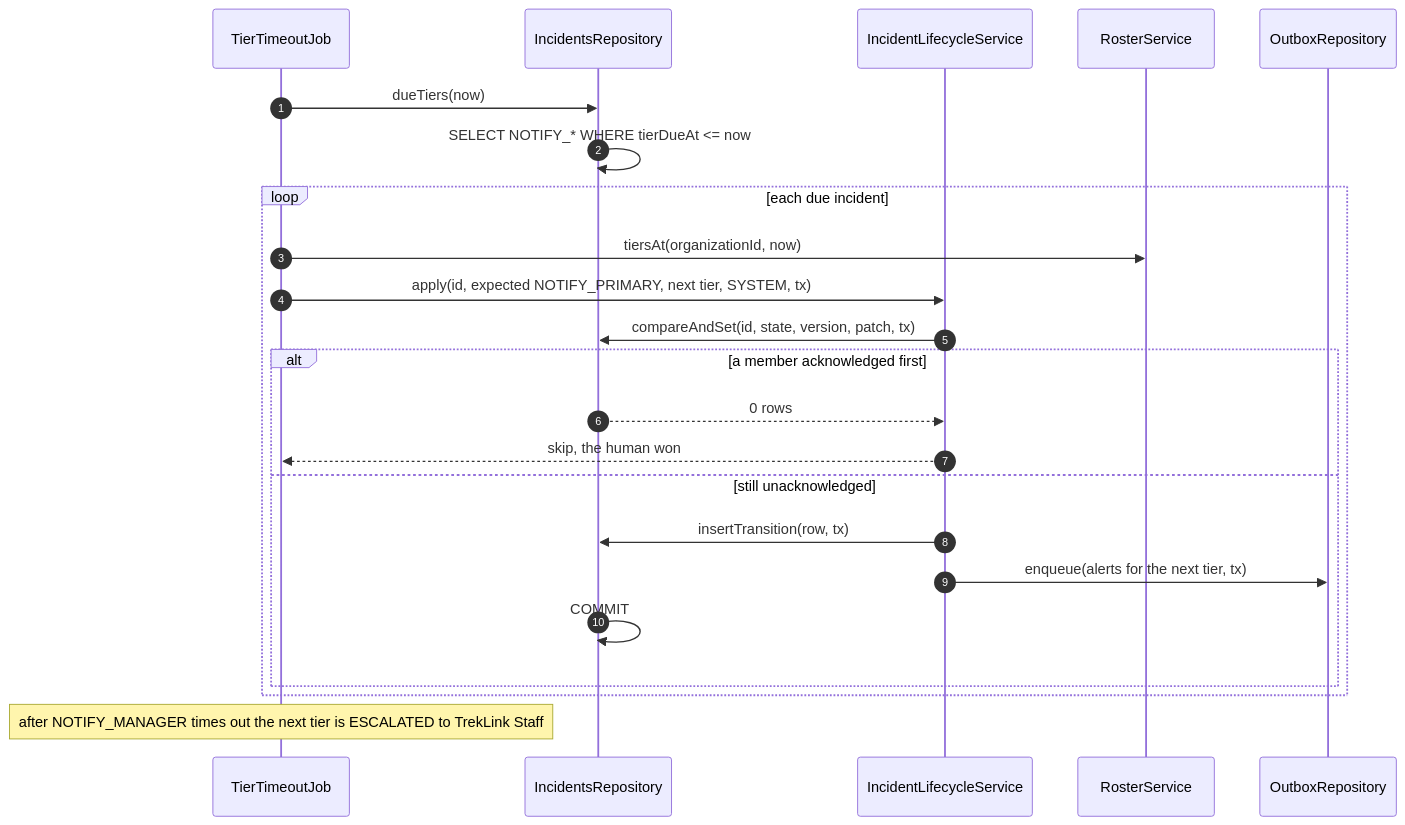
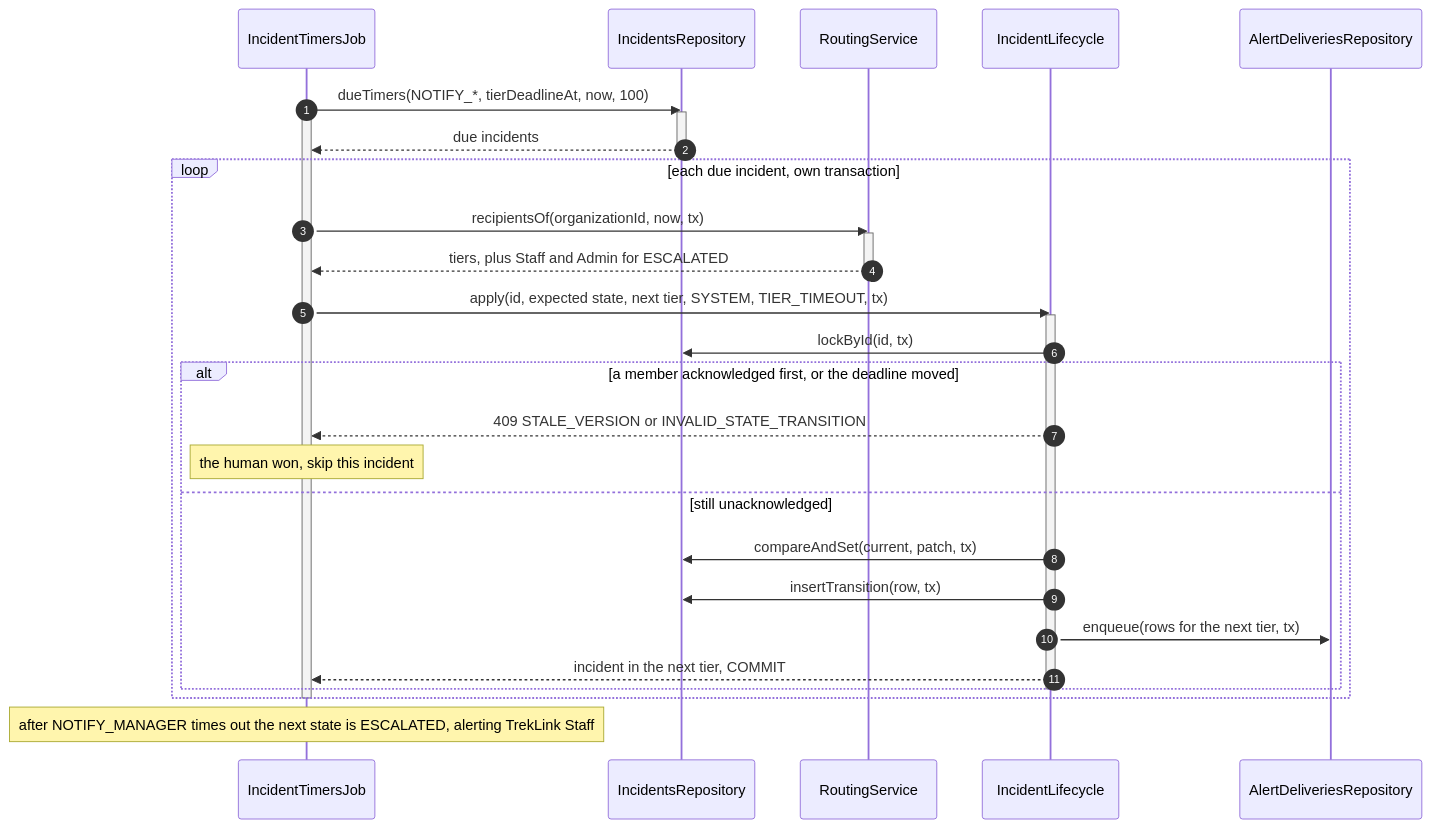
The seventh of 10 diagrams in specs/incidents/design.md (TrekLink-Team/treklink-web), drawn with Mermaid before and after one commit. The commit also changed other lines of this file, not shown here.

First line of the commit message:
docs: draw incidents design Figures 4 to 10 as the code has them

````diff
--- a/specs/incidents/design.md
+++ b/specs/incidents/design.md
@@ -362,25 +486,35 @@
 ```mermaid
 sequenceDiagram
     autonumber
-    participant J as TierTimeoutJob
+    participant J as IncidentTimersJob
     participant R as IncidentsRepository
-    participant L as IncidentLifecycleService
-    participant Os as RosterService
-    participant Ob as OutboxRepository
-    J->>R: dueTiers(now)
-    R->>R: SELECT NOTIFY_* WHERE tierDueAt <= now
-    loop each due incident
-        J->>Os: tiersAt(organizationId, now)
-        J->>L: apply(id, expected NOTIFY_PRIMARY, next tier, SYSTEM, tx)
-        L->>R: compareAndSet(id, state, version, patch, tx)
-        alt a member acknowledged first
-            R-->>L: 0 rows
-            L-->>J: skip, the human won
+    participant Ro as RoutingService
+    participant L as IncidentLifecycle
+    participant Ob as AlertDeliveriesRepository
+    J->>R: dueTimers(NOTIFY_*, tierDeadlineAt, now, 100)
+    activate J
+    activate R
+    R-->>J: due incidents
+    deactivate R
+    loop each due incident, own transaction
+        J->>Ro: recipientsOf(organizationId, now, tx)
+        activate Ro
+        Ro-->>J: tiers, plus Staff and Admin for ESCALATED
+        deactivate Ro
+        J->>L: apply(id, expected state, next tier, SYSTEM, TIER_TIMEOUT, tx)
+        activate L
+        L->>R: lockById(id, tx)
+        alt a member acknowledged first, or the deadline moved
+            L-->>J: 409 STALE_VERSION or INVALID_STATE_TRANSITION
+            Note over J: the human won, skip this incident
         else still unacknowledged
+            L->>R: compareAndSet(current, patch, tx)
             L->>R: insertTransition(row, tx)
-            L->>Ob: enqueue(alerts for the next tier, tx)
-            R->>R: COMMIT
+            L->>Ob: enqueue(rows for the next tier, tx)
+            L-->>J: incident in the next tier, COMMIT
         end
+        deactivate L
     end
-    Note over J: after NOTIFY_MANAGER times out the next tier is ESCALATED to TrekLink Staff
+    deactivate J
+    Note over J: after NOTIFY_MANAGER times out the next state is ESCALATED, alerting TrekLink Staff
 ```
````
